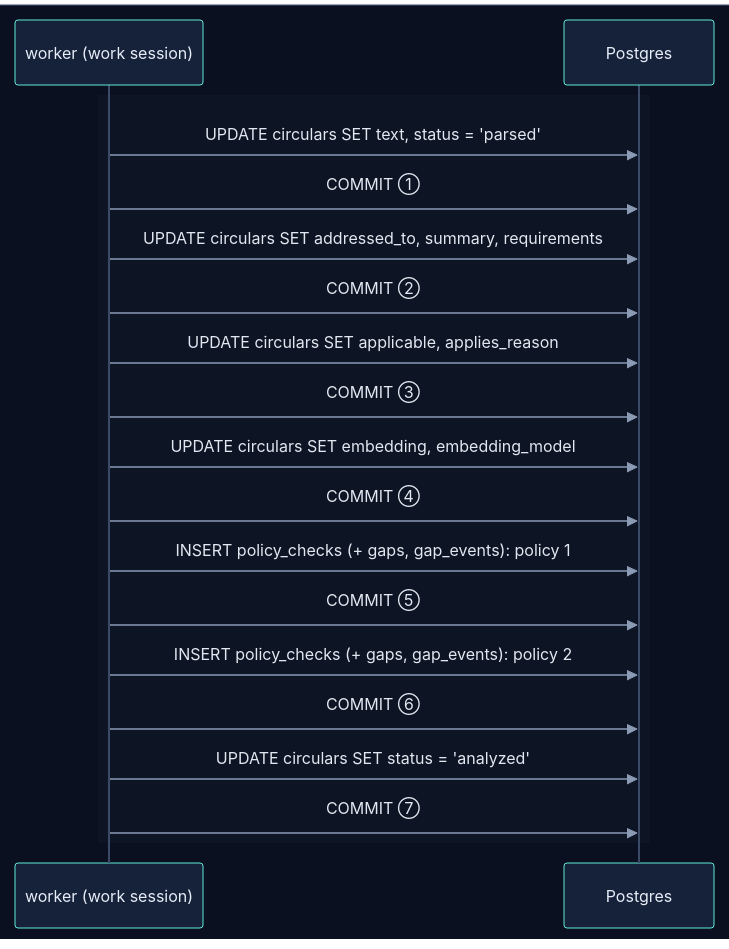
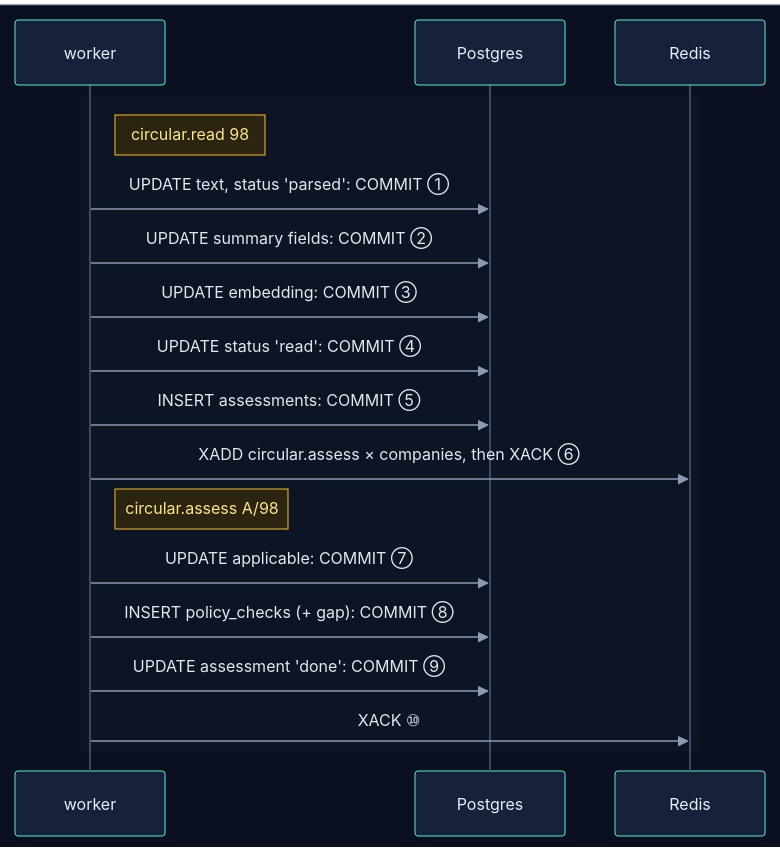
Diagram 17 of 19 in backend/worker/INTERNALS.md (selvakumarperumal/Regulatory_Circular_Impact_Agent), drawn with Mermaid before and after one commit. The commit also changed other lines of this file and 8 other files, not shown here.

````diff
--- a/backend/worker/INTERNALS.md
+++ b/backend/worker/INTERNALS.md
@@ -866,25 +863,24 @@
 ```mermaid
 %%{init: {"theme": "base", "sequence": {"diagramMarginX": 0, "diagramMarginY": 0}, "themeVariables": {"darkMode": true, "primaryColor": "#16213a", "primaryTextColor": "#e6edf7", "primaryBorderColor": "#475a7a", "lineColor": "#8b9bb4", "secondaryColor": "#1b2436", "tertiaryColor": "#101a2e", "edgeLabelBackground": "#0f172a", "textColor": "#e2e8f0", "actorBkg": "#16213a", "actorBorder": "#5eead4", "actorTextColor": "#e6edf7", "actorLineColor": "#3b4a66", "signalColor": "#8b9bb4", "signalTextColor": "#e2e8f0", "noteBkgColor": "#2a2410", "noteBorderColor": "#fbbf24", "noteTextColor": "#fde68a", "labelBoxBkgColor": "#1e293b", "labelBoxBorderColor": "#64748b", "labelTextColor": "#e2e8f0", "loopTextColor": "#c4b5fd", "sequenceNumberColor": "#0b1020", "activationBkgColor": "#1e293b"}}}%%
 sequenceDiagram
     box rgb(11, 16, 32)
-        participant K as worker (work session)
+        participant K as worker
         participant PG as Postgres
+        participant R as Redis
     end
 
     rect rgb(13, 20, 36)
-        K->>PG: UPDATE circulars SET text, status = 'parsed'
-        K->>PG: COMMIT ①
-        K->>PG: UPDATE circulars SET addressed_to, summary, requirements
-        K->>PG: COMMIT ②
-        K->>PG: UPDATE circulars SET applicable, applies_reason
-        K->>PG: COMMIT ③
-        K->>PG: UPDATE circulars SET embedding, embedding_model
-        K->>PG: COMMIT ④
-        K->>PG: INSERT policy_checks (+ gaps, gap_events): policy 1
-        K->>PG: COMMIT ⑤
-        K->>PG: INSERT policy_checks (+ gaps, gap_events): policy 2
-        K->>PG: COMMIT ⑥
-        K->>PG: UPDATE circulars SET status = 'analyzed'
-        K->>PG: COMMIT ⑦
+        Note right of K: circular.read 98
+        K->>PG: UPDATE text, status 'parsed': COMMIT ①
+        K->>PG: UPDATE summary fields: COMMIT ②
+        K->>PG: UPDATE embedding: COMMIT ③
+        K->>PG: UPDATE status 'read': COMMIT ④
+        K->>PG: INSERT assessments: COMMIT ⑤
+        K->>R: XADD circular.assess × companies, then XACK ⑥
+        Note right of K: circular.assess A/98
+        K->>PG: UPDATE applicable: COMMIT ⑦
+        K->>PG: INSERT policy_checks (+ gap): COMMIT ⑧
+        K->>PG: UPDATE assessment 'done': COMMIT ⑨
+        K->>R: XACK ⑩
     end
 ```
````
